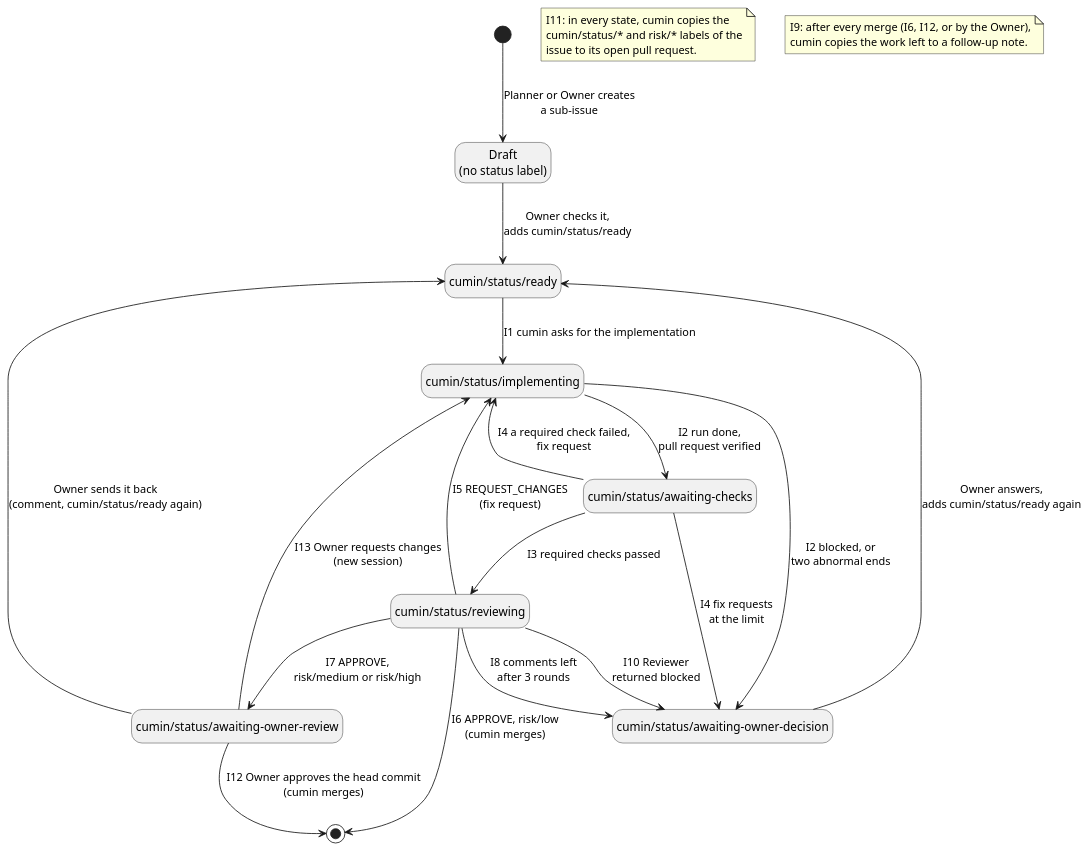
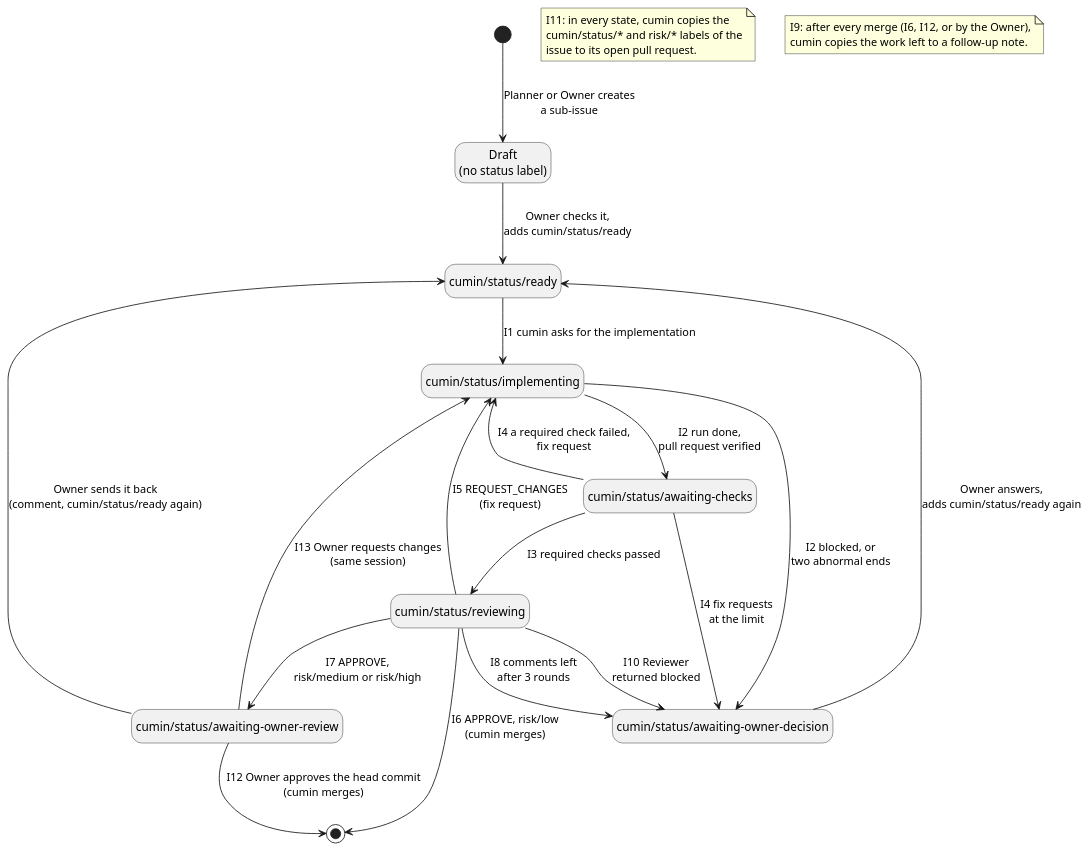
One commit to cloveclovedev/cumin-works changed the diagram in docs/ja/requirements/workflow/implementation-issue-states.puml. Above: the diagram before and after it, drawn with PlantUML. The commit also changed 4 other files, not shown here.

First line of the commit message:
docs(requirements): address the Owner's review in the Implementer's last session

```diff
--- a/docs/ja/requirements/workflow/implementation-issue-states.puml
+++ b/docs/ja/requirements/workflow/implementation-issue-states.puml
@@ -1,37 +1,37 @@
 @startuml implementation-issue-states
 ' cumin works - states of an implementation issue.
 ' A state is a label on GitHub. Each arrow names one row of issue-states.md (I1 to I13); I9 and I11 are notes.
 ' Render: run scripts/render-diagrams.sh at the root of the repository.
 
 hide empty description
 
 state "Draft\n(no status label)" as Draft
 state "cumin/status/ready" as Ready
 state "cumin/status/implementing" as Implementing
 state "cumin/status/awaiting-checks" as Checks
 state "cumin/status/reviewing" as Reviewing
 state "cumin/status/awaiting-owner-review" as OwnerReview
 state "cumin/status/awaiting-owner-decision" as Decision
 
 [*] --> Draft : Planner or Owner creates\na sub-issue
 Draft --> Ready : Owner checks it,\nadds cumin/status/ready
 Ready --> Implementing : I1 cumin asks for the implementation
 Implementing --> Checks : I2 run done,\npull request verified
 Implementing --> Decision : I2 blocked, or\ntwo abnormal ends
 Checks --> Reviewing : I3 required checks passed
 Checks --> Implementing : I4 a required check failed,\nfix request
 Checks --> Decision : I4 fix requests\nat the limit
 Reviewing --> Implementing : I5 REQUEST_CHANGES\n(fix request)
 Reviewing --> [*] : I6 APPROVE, risk/low\n(cumin merges)
 Reviewing --> OwnerReview : I7 APPROVE,\nrisk/medium or risk/high
 Reviewing --> Decision : I8 comments left\nafter 3 rounds
 Reviewing --> Decision : I10 Reviewer\nreturned blocked
 OwnerReview --> [*] : I12 Owner approves the head commit\n(cumin merges)
-OwnerReview --> Implementing : I13 Owner requests changes\n(new session)
+OwnerReview --> Implementing : I13 Owner requests changes\n(same session)
 OwnerReview --> Ready : Owner sends it back\n(comment, cumin/status/ready again)
 Decision --> Ready : Owner answers,\nadds cumin/status/ready again
 
 note "I11: in every state, cumin copies the\ncumin/status/* and risk/* labels of the\nissue to its open pull request." as I11
 note "I9: after every merge (I6, I12, or by the Owner),\ncumin copies the work left to a follow-up note." as I9
 
 @enduml
```
